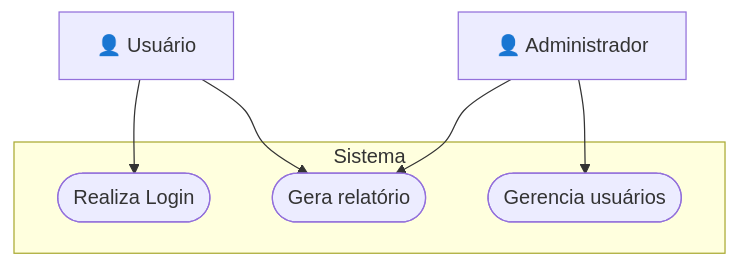
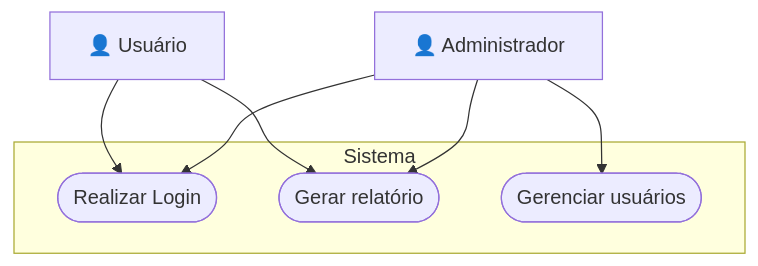
The first of 8 diagrams in capitulos/UML.md (CTISM-Prof-Henry/softwareEngineering), drawn with Mermaid before and after one commit. The commit also changed other lines of this file, not shown here.

First line of the commit message:
Enhance formatting and clarity in UML.md

````diff
--- a/capitulos/UML.md
+++ b/capitulos/UML.md
@@ -46,17 +44,17 @@
 ```mermaid
 flowchart TD
     actor1["👤 Usuário"]
     actor2["👤 Administrador"]
 
     subgraph Sistema
-        uc1([Realiza Login])
-        uc2([Gera relatório])
-        uc3([Gerencia usuários])
+        uc1([Realizar Login])
+        uc2([Gerar relatório])
+        uc3([Gerenciar usuários])
     end
 
     actor1 --> uc1
     actor1 --> uc2
     actor2 --> uc3
     actor2 --> uc2
-
+    actor2 --> uc1
 ```
````
